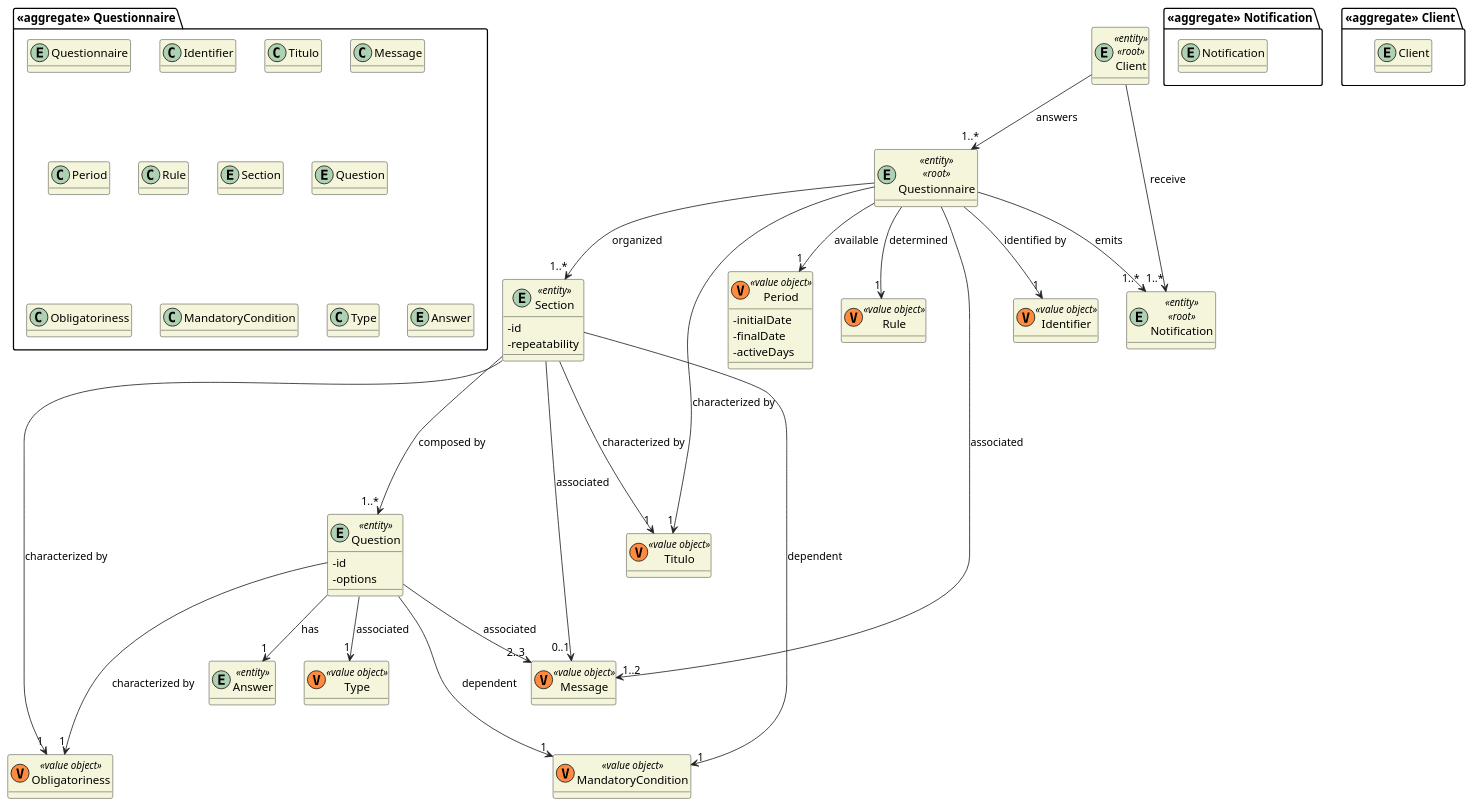
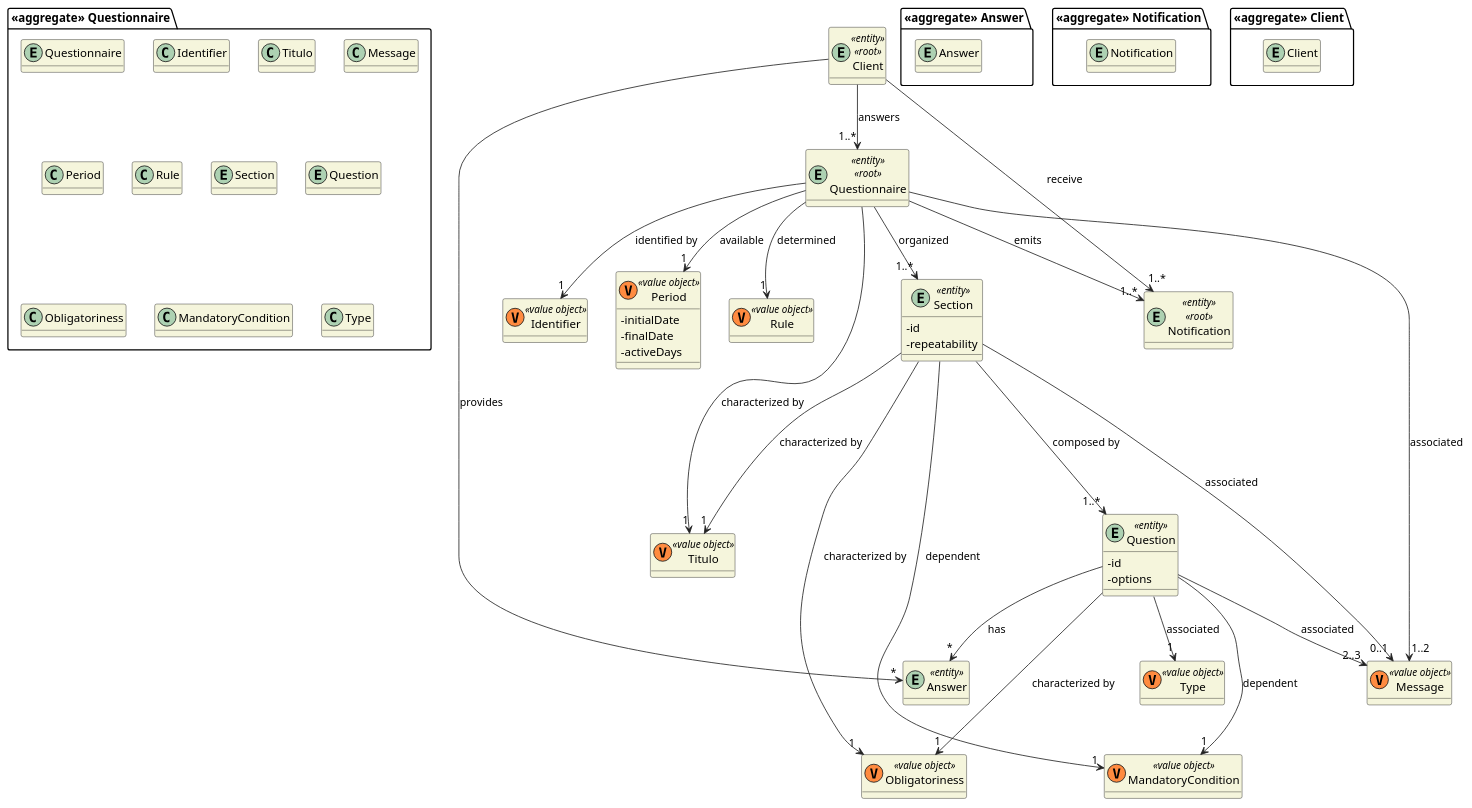
Before and after one commit to 0franciscor/lei21_22_s4_2de_01: the diagram in docs/1201386/US3501/DM_Surveys.puml, drawn with PlantUML. The commit also changed 35 other files, not shown here.

```diff
--- a/docs/1201386/US3501/DM_Surveys.puml
+++ b/docs/1201386/US3501/DM_Surveys.puml
@@ -1,91 +1,93 @@
 @startuml
 
 skinparam classAttributeIconSize 0
 hide empty attributes
 skinparam classBackgroundColor beige
 skinparam ArrowColor #222222
+
+package "<<aggregate>> Answer" {
+    entity Answer
+}
 
 package "<<aggregate>> Questionnaire" {
     entity Questionnaire
     class Identifier
     class Titulo
     class Message
     class Period
     class Rule
     entity Section
     entity Question
     class Obligatoriness
     class MandatoryCondition
     class Type
-    entity Answer
 }
 
 entity Questionnaire <<entity>> <<root>> {
 
 }
 
 class Identifier <<(V,#FF8B40) value object>>
 class Titulo <<(V,#FF8B40) value object>>
 class Message <<(V,#FF8B40) value object>>
 class Obligatoriness <<(V,#FF8B40) value object>>
 class Period <<(V,#FF8B40) value object>> {
 - initialDate
 - finalDate
 - activeDays
 }
 class Rule <<(V,#FF8B40) value object>>
 entity Section <<entity>> {
 - id
 - repeatability
 }
 
 class MandatoryCondition <<(V,#FF8B40) value object>>
 entity Question <<entity>> {
 - id
 - options
 }
 entity Answer <<entity>> {
 }
 class Type <<(V,#FF8B40) value object>>
 
 Questionnaire --> "1" Identifier : identified by
 Questionnaire ---> "1" Titulo: characterized by
 Questionnaire --> "1" Period : available
 Questionnaire --> "1" Rule : determined
 Questionnaire --> "1..*" Section : organized
 Questionnaire --> "1..2" Message : associated
 Section ---> "1..*" Question: composed by
 Section ---> "1" Titulo: characterized by
 Section --> "1"  MandatoryCondition: dependent
 Section --> "0..1" Message : associated
 Section ---> "1" Obligatoriness: characterized by
 Question ---> "1" MandatoryCondition: dependent
 Question --> "1" Type: associated
 Question --> "2..3" Message: associated
 Question ---> "1" Obligatoriness: characterized by
-
-Question --> "1" Answer : has
+Question--> "*" Answer : has
 package "<<aggregate>> Notification" {
     entity Notification
 }
 
 entity Notification <<entity>> <<root>> {
 
 
 }
 
 Questionnaire --> "1..*" Notification : emits
 
 package "<<aggregate>> Client" {
     entity Client
 }
 
 entity Client <<entity>> <<root>> {
 
 }
 
 Client --> "1..*" Notification : receive
 Client --> "1..*" Questionnaire : answers
-
+Client --> "*" Answer: provides
 
 @enduml
```
